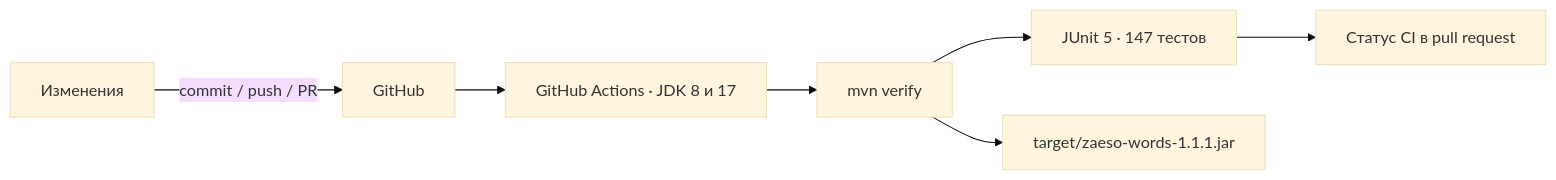
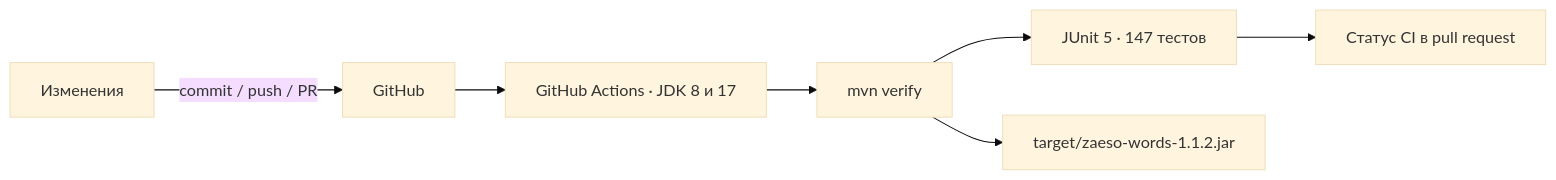
The third of 4 diagrams in zaeso-Words-Roadmap.md (zaeso/zaeso-Words), drawn with Mermaid (base theme) before and after one commit. The commit also changed other lines of this file and 7 other files, not shown here.

````diff
--- a/zaeso-Words-Roadmap.md
+++ b/zaeso-Words-Roadmap.md
@@ -303,9 +307,9 @@
 ```mermaid
 flowchart LR
     DEV["Изменения"] -->|"commit / push / PR"| GH["GitHub"]
     GH --> CI["GitHub Actions · JDK 8 и 17"]
     CI --> MVN["mvn verify"]
     MVN --> TESTS["JUnit 5 · 147 тестов"]
-    MVN --> JAR["target/zaeso-words-1.1.1.jar"]
+    MVN --> JAR["target/zaeso-words-1.1.2.jar"]
     TESTS --> STATUS["Статус CI в pull request"]
 ```
````
